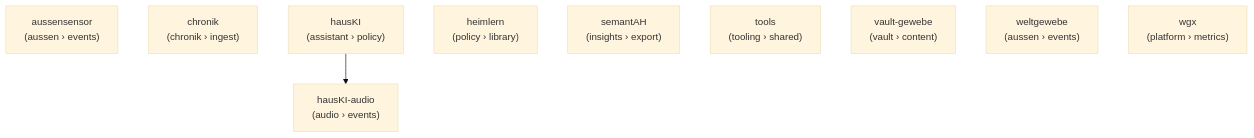
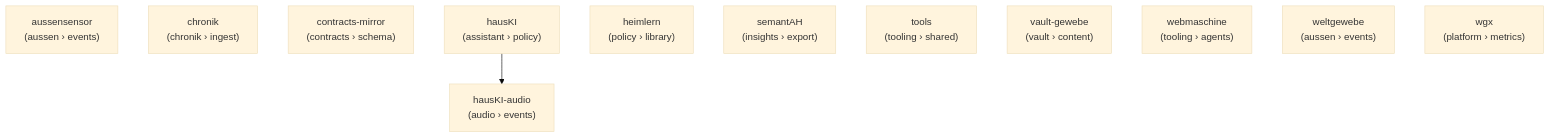
Before and after one commit to heimgewebe/metarepo: the diagram in docs/org-graph.mmd, drawn with Mermaid (base theme). The commit also changed 1 other file, not shown here.

```diff
--- a/docs/org-graph.mmd
+++ b/docs/org-graph.mmd
@@ -1,14 +1,16 @@
 %% Org dependency graph
 %% Generated by scripts/generate_org_assets.py; do not edit manually.
 graph TD
     aussensensor["aussensensor\n(aussen › events)"]
     chronik["chronik\n(chronik › ingest)"]
+    contracts_mirror["contracts-mirror\n(contracts › schema)"]
     hausKI["hausKI\n(assistant › policy)"]
     hausKI_audio["hausKI-audio\n(audio › events)"]
     heimlern["heimlern\n(policy › library)"]
     semantAH["semantAH\n(insights › export)"]
     tools["tools\n(tooling › shared)"]
     vault_gewebe["vault-gewebe\n(vault › content)"]
+    webmaschine["webmaschine\n(tooling › agents)"]
     weltgewebe["weltgewebe\n(aussen › events)"]
     wgx["wgx\n(platform › metrics)"]
     hausKI --> hausKI_audio
```
